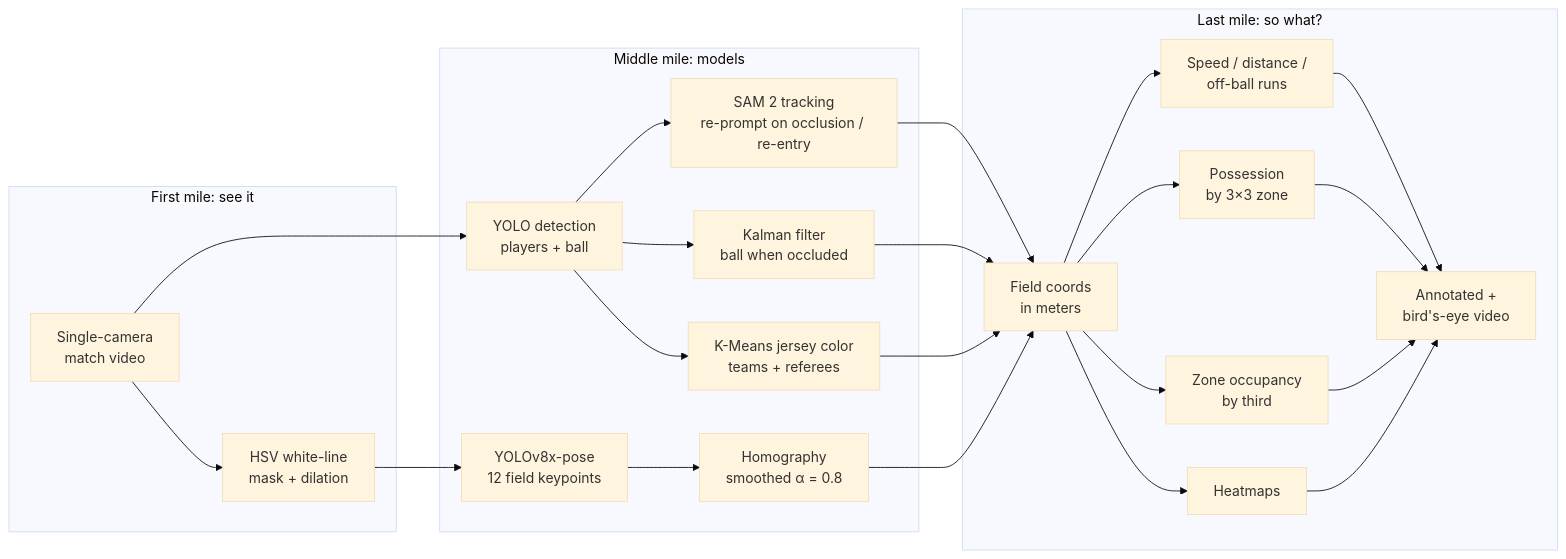
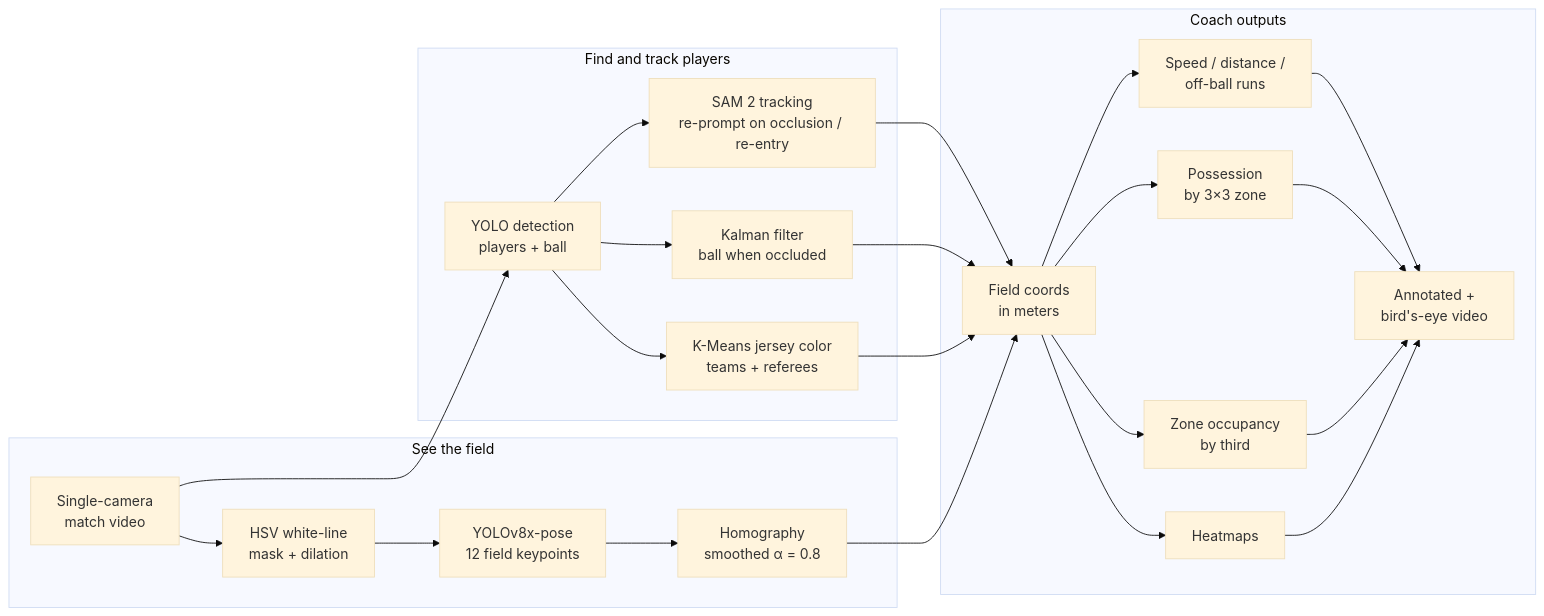
One commit to manchado53/AI-Driven-Soccer-Analysis changed the diagram in README.md. Above: the diagram before and after it, drawn with Mermaid (base theme). The commit also changed other lines of this file and 11 other files, not shown here.

````diff
--- a/README.md
+++ b/README.md
@@ -53,27 +67,27 @@
 ```mermaid
 flowchart LR
-    subgraph FM["First mile: see it"]
+    subgraph SF["See the field"]
         V[Single-camera<br/>match video] --> HSV[HSV white-line<br/>mask + dilation]
+        HSV --> KP[YOLOv8x-pose<br/>12 field keypoints]
+        KP --> H[Homography<br/>smoothed α = 0.8]
     end
-    subgraph MM["Middle mile: models"]
+    subgraph FT["Find and track players"]
         DET[YOLO detection<br/>players + ball]
         DET --> SAM[SAM 2 tracking<br/>re-prompt on occlusion / re-entry]
         DET --> KF[Kalman filter<br/>ball when occluded]
         DET --> KM[K-Means jersey color<br/>teams + referees]
-        KP[YOLOv8x-pose<br/>12 field keypoints] --> H[Homography<br/>smoothed α = 0.8]
     end
-    subgraph LM["Last mile: so what?"]
+    subgraph CO["Coach outputs"]
         M[Field coords<br/>in meters]
         M --> S[Speed / distance /<br/>off-ball runs]
         M --> P[Possession<br/>by 3×3 zone]
         M --> Z[Zone occupancy<br/>by third]
         M --> HM[Heatmaps]
         S & P & Z & HM --> OUT[Annotated +<br/>bird's-eye video]
     end
     V --> DET
-    HSV --> KP
     SAM --> M
     KF --> M
     KM --> M
     H --> M
 ```
````
